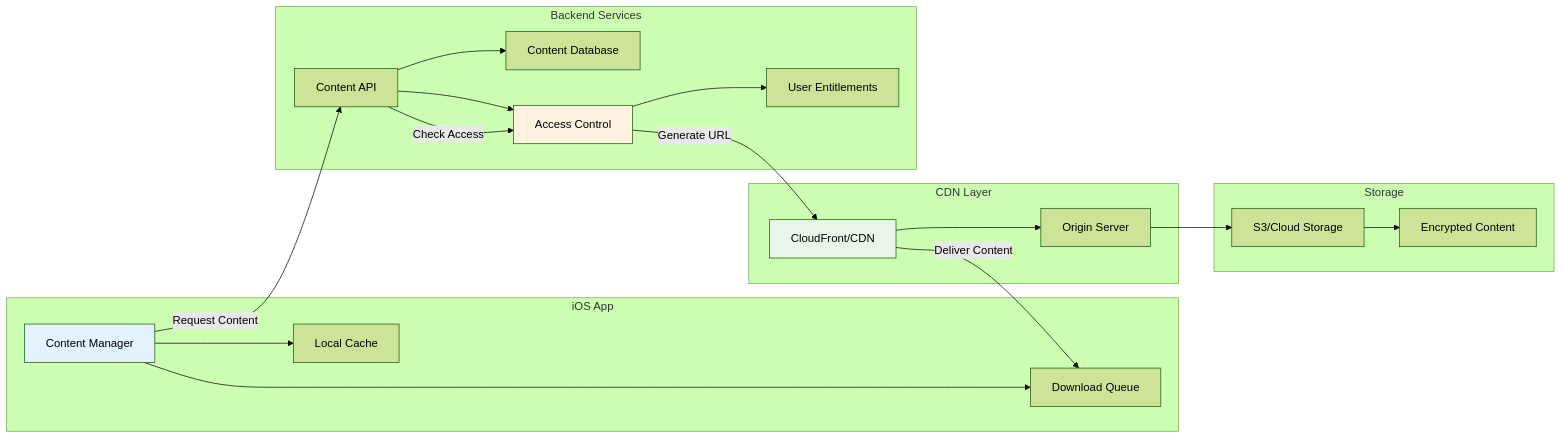
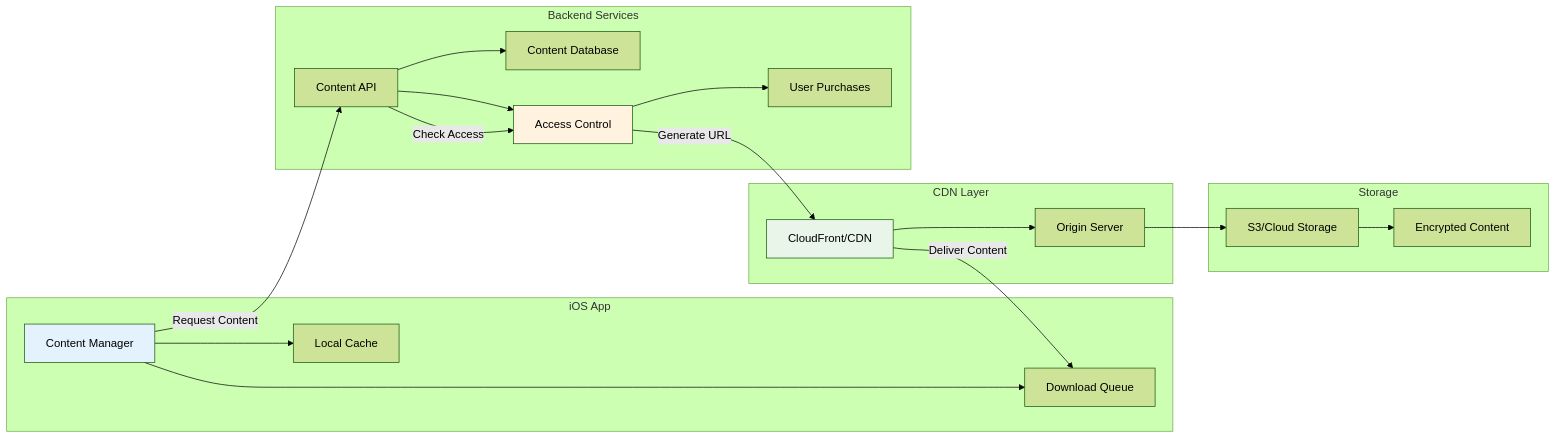
The third of 9 diagrams in architecture/flow-diagrams.md (tnstoyanov/applePayInAppBt), drawn with Mermaid (forest theme) before and after one commit. The commit also changed other lines of this file, not shown here.

First line of the commit message:
Remove subscription management flow and update terminology

````diff
--- a/architecture/flow-diagrams.md
+++ b/architecture/flow-diagrams.md
@@ -115,31 +92,31 @@
 ```mermaid
 graph LR
     subgraph "iOS App"
         A[Content Manager] --> B[Local Cache]
         A --> C[Download Queue]
     end
     
     subgraph "CDN Layer"
         D[CloudFront/CDN] --> E[Origin Server]
     end
     
     subgraph "Backend Services"
         F[Content API] --> G[Content Database]
         F --> H[Access Control]
-        H --> I[User Entitlements]
+        H --> I[User Purchases]
     end
     
     subgraph "Storage"
         J[S3/Cloud Storage] --> K[Encrypted Content]
     end
     
     A -->|Request Content| F
     F -->|Check Access| H
     H -->|Generate URL| D
     D -->|Deliver Content| C
     E --> J
     
     style A fill:#e3f2fd
     style H fill:#fff3e0
     style D fill:#e8f5e8
 ```
````
